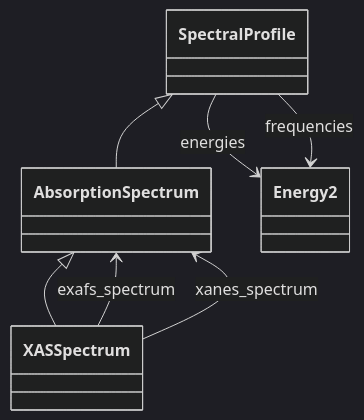
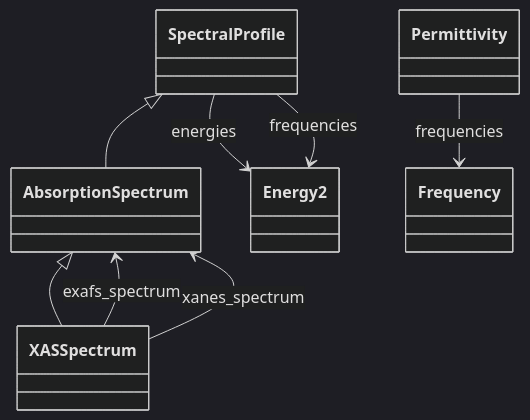
One commit to FAIRmat-NFDI/nomad-simulations changed the diagram in docs/schema/spectroscopy.diagram.md. Above: the diagram before and after it, drawn with Mermaid (dark theme). The commit also changed other lines of this file and 92 other files, not shown here.

````diff
--- a/docs/schema/spectroscopy.diagram.md
+++ b/docs/schema/spectroscopy.diagram.md
@@ -16,17 +16,22 @@
 ```mermaid
 classDiagram
     class AbsorptionSpectrum {
     }
     class Energy2 {
+    }
+    class Frequency {
+    }
+    class Permittivity {
     }
     class SpectralProfile {
     }
     class XASSpectrum {
     }
     SpectralProfile <|-- AbsorptionSpectrum
     AbsorptionSpectrum <|-- XASSpectrum
+    Permittivity --> Frequency : frequencies
     SpectralProfile --> Energy2 : energies
     SpectralProfile --> Energy2 : frequencies
     XASSpectrum --> AbsorptionSpectrum : exafs_spectrum
     XASSpectrum --> AbsorptionSpectrum : xanes_spectrum
 ```
````
